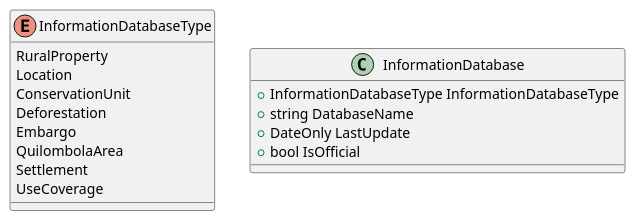
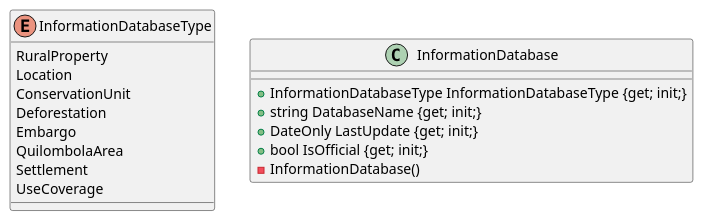
Before and after one commit to ruralgises/documentation: the diagram in class-diagram/information-diagram.plantuml, drawn with PlantUML.

```diff
--- a/class-diagram/information-diagram.plantuml
+++ b/class-diagram/information-diagram.plantuml
@@ -1,21 +1,22 @@
 @startuml
 
 enum InformationDatabaseType {
     RuralProperty
     Location
     ConservationUnit
     Deforestation
     Embargo
     QuilombolaArea
     Settlement
     UseCoverage
 }
 
 class InformationDatabase {
-    {field} +InformationDatabaseType InformationDatabaseType
-    {field} +string DatabaseName
-    {field} +DateOnly LastUpdate
-    {field} +bool IsOfficial
+    {method} +InformationDatabaseType InformationDatabaseType {get; init;}
+    {method} +string DatabaseName {get; init;}
+    {method} +DateOnly LastUpdate {get; init;}
+    {method} +bool IsOfficial {get; init;}
+    {method} -InformationDatabase()
 }
 
 @enduml
```
